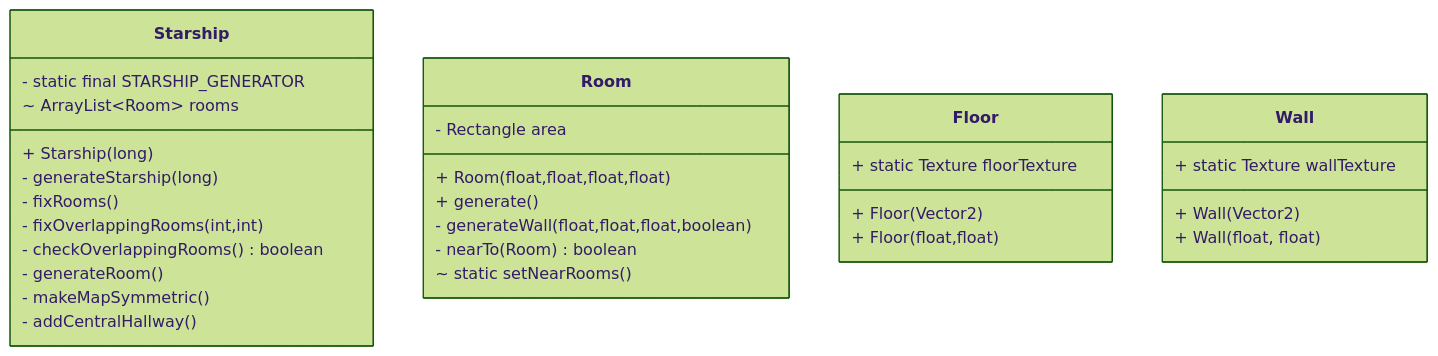
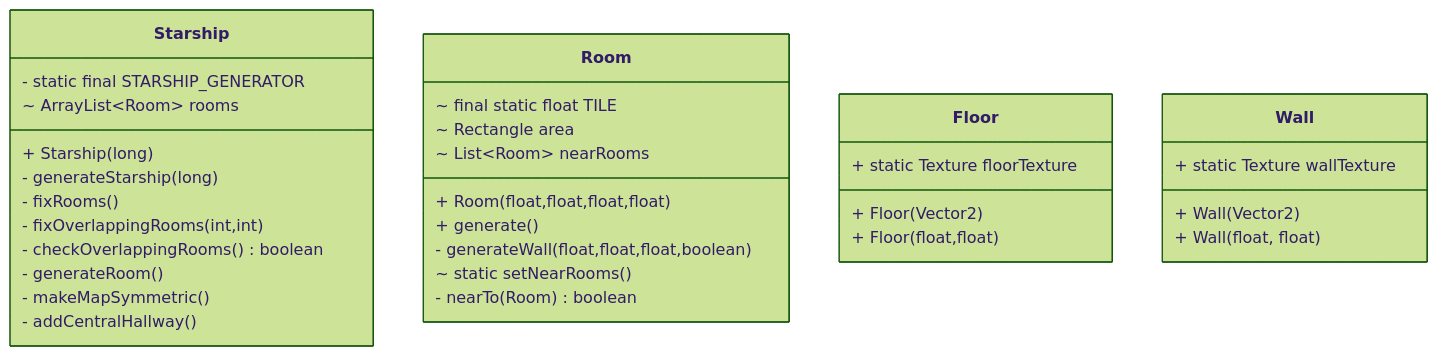
The diagram in core/src/com/pixelstar/terrain/README.md (StrangeClone/PixelStars), drawn with Mermaid (forest theme) before and after one commit. The commit also changed 15 other files, not shown here.

````diff
--- a/core/src/com/pixelstar/terrain/README.md
+++ b/core/src/com/pixelstar/terrain/README.md
@@ -4,33 +4,35 @@
 ```mermaid
 classDiagram
 class Starship{
     - static final STARSHIP_GENERATOR
     ~ ArrayList~Room~ rooms
     + Starship(long)
     - generateStarship(long)
     - fixRooms()
     - fixOverlappingRooms(int,int)
     - checkOverlappingRooms() boolean
     - generateRoom()
     - makeMapSymmetric()
     - addCentralHallway()
 }
 class Room {
-    - Rectangle area
+    ~ final static float TILE
+    ~ Rectangle area
+    ~ List~Room~ nearRooms
     + Room(float,float,float,float)
     + generate()
     - generateWall(float,float,float,boolean)
+    ~ static setNearRooms()
     - nearTo(Room) boolean
-    ~ static setNearRooms()
 }
 class Floor {
     + static Texture floorTexture
     + Floor(Vector2)
     + Floor(float,float)
 }
 class Wall {
     + static Texture wallTexture
     + Wall(Vector2)
     + Wall(float, float)
 }
 ```
````
